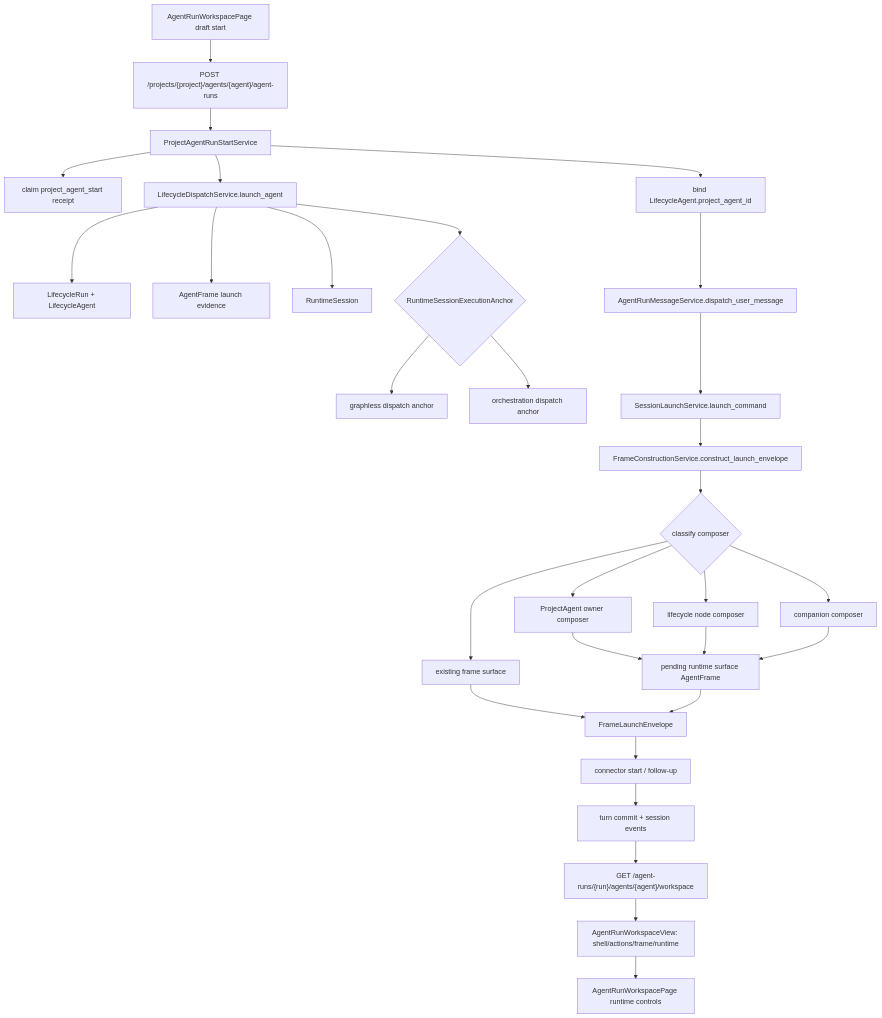
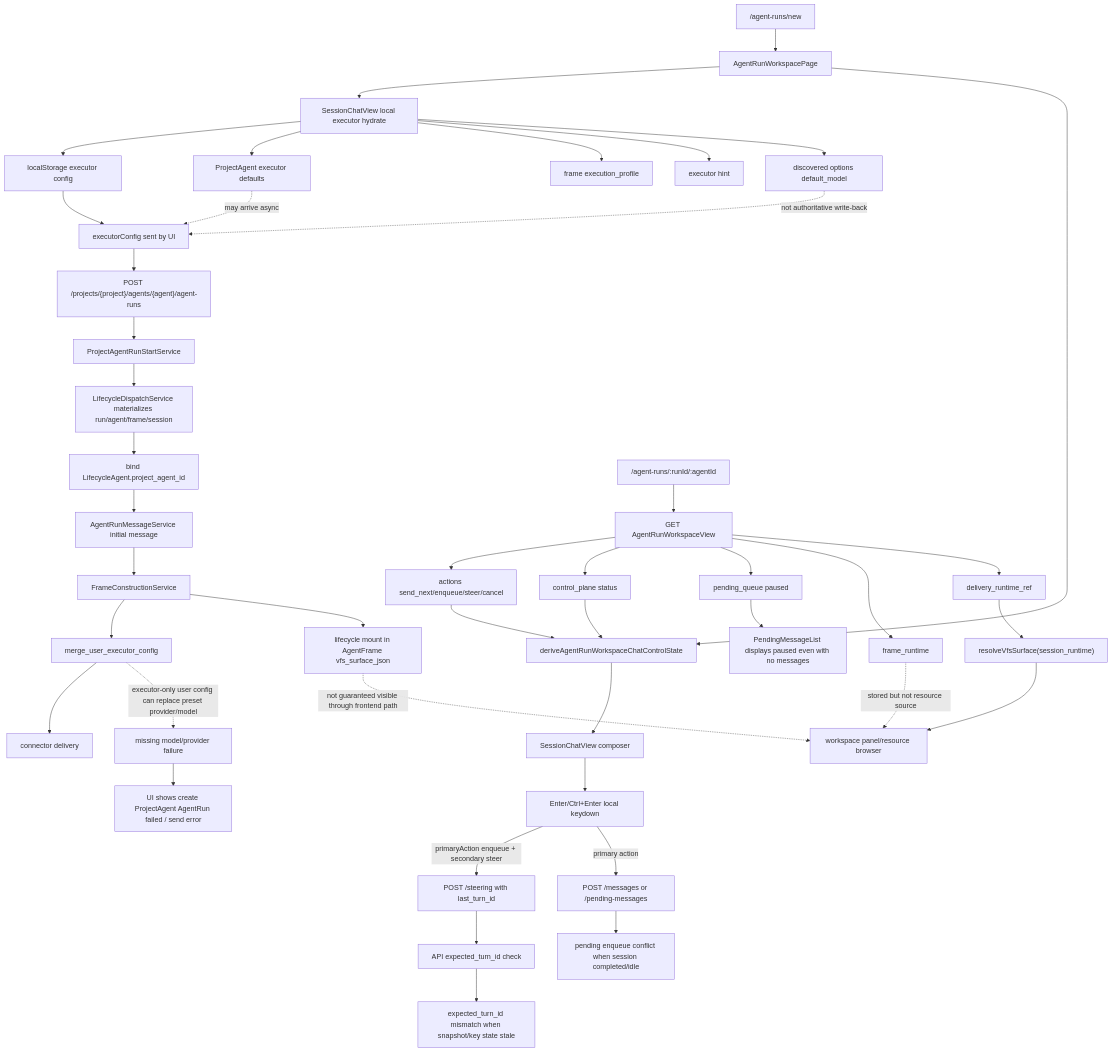
One commit to syan2018/AgentDash changed the first of 5 diagrams in .trellis/tasks/06-12-agent-run-lifecycle-convergence/design.md. Above: the diagram before and after it, drawn with Mermaid. The commit also changed other lines of this file and 4 other files, not shown here.

First line of the commit message:
docs(trellis): 重建 AgentRun 会话体系规划

````diff
--- a/.trellis/tasks/06-12-agent-run-lifecycle-convergence/design.md
+++ b/.trellis/tasks/06-12-agent-run-lifecycle-convergence/design.md
@@ -17,32 +15,51 @@
 ```mermaid
 flowchart TD
-  FE_Draft["AgentRunWorkspacePage draft start"] --> API_Start["POST /projects/{project}/agents/{agent}/agent-runs"]
-  API_Start --> StartSvc["ProjectAgentRunStartService"]
-  StartSvc --> ReceiptStart["claim project_agent_start receipt"]
-  StartSvc --> Dispatch["LifecycleDispatchService.launch_agent"]
-  Dispatch --> RunAgent["LifecycleRun + LifecycleAgent"]
-  Dispatch --> LaunchFrame["AgentFrame launch evidence"]
-  Dispatch --> Runtime["RuntimeSession"]
-  Dispatch --> Anchor{"RuntimeSessionExecutionAnchor"}
-  Anchor --> PlainAnchor["graphless dispatch anchor"]
-  Anchor --> OrchAnchor["orchestration dispatch anchor"]
-  StartSvc --> BindProjectAgent["bind LifecycleAgent.project_agent_id"]
-  BindProjectAgent --> MessageSvc["AgentRunMessageService.dispatch_user_message"]
-  MessageSvc --> SessionLaunch["SessionLaunchService.launch_command"]
-  SessionLaunch --> FrameConstruction["FrameConstructionService.construct_launch_envelope"]
-  FrameConstruction --> Classify{"classify composer"}
-  Classify --> CompanionComposer["companion composer"]
-  Classify --> ProjectComposer["ProjectAgent owner composer"]
-  Classify --> LifecycleComposer["lifecycle node composer"]
-  Classify --> ExistingSurface["existing frame surface"]
-  ProjectComposer --> PendingFrame["pending runtime surface AgentFrame"]
-  LifecycleComposer --> PendingFrame
-  CompanionComposer --> PendingFrame
-  ExistingSurface --> Envelope["FrameLaunchEnvelope"]
-  PendingFrame --> Envelope
-  Envelope --> Connector["connector start / follow-up"]
-  Connector --> TurnCommit["turn commit + session events"]
-  TurnCommit --> WorkspaceAPI["GET /agent-runs/{run}/agents/{agent}/workspace"]
-  WorkspaceAPI --> WorkspaceView["AgentRunWorkspaceView: shell/actions/frame/runtime"]
-  WorkspaceView --> FE_Runtime["AgentRunWorkspacePage runtime controls"]
+  DraftRoute["/agent-runs/new"] --> AgentPage["AgentRunWorkspacePage"]
+  AgentPage --> ExecHydrate["SessionChatView local executor hydrate"]
+  ExecHydrate --> LocalStorage["localStorage executor config"]
+  ExecHydrate --> AgentDefaults["ProjectAgent executor defaults"]
+  ExecHydrate --> FrameProfile["frame execution_profile"]
+  ExecHydrate --> Hint["executor hint"]
+  ExecHydrate --> Discovery["discovered options default_model"]
+  Discovery -. "not authoritative write-back" .-> ExecConfig["executorConfig sent by UI"]
+  AgentDefaults -. "may arrive async" .-> ExecConfig
+  LocalStorage --> ExecConfig
+
+  ExecConfig --> StartReq["POST /projects/{project}/agents/{agent}/agent-runs"]
+  StartReq --> StartSvc["ProjectAgentRunStartService"]
+  StartSvc --> Dispatch["LifecycleDispatchService materializes run/agent/frame/session"]
+  Dispatch --> Bind["bind LifecycleAgent.project_agent_id"]
+  Bind --> MessageSvc["AgentRunMessageService initial message"]
+  MessageSvc --> FrameConstruction["FrameConstructionService"]
+  FrameConstruction --> Merge["merge_user_executor_config"]
+  Merge --> Connector["connector delivery"]
+  Merge -. "executor-only user config can replace preset provider/model" .-> MissingModel["missing model/provider failure"]
+  MissingModel --> Toast["UI shows create ProjectAgent AgentRun failed / send error"]
+
+  RunRoute["/agent-runs/:runId/:agentId"] --> WorkspaceFetch["GET AgentRunWorkspaceView"]
+  WorkspaceFetch --> Actions["actions send_next/enqueue/steer/cancel"]
+  WorkspaceFetch --> Control["control_plane status"]
+  WorkspaceFetch --> PendingQueue["pending_queue paused"]
+  WorkspaceFetch --> FrameRuntime["frame_runtime"]
+  WorkspaceFetch --> DeliveryRef["delivery_runtime_ref"]
+
+  AgentPage --> ChatControl["deriveAgentRunWorkspaceChatControlState"]
+  Control --> ChatControl
+  Actions --> ChatControl
+  ChatControl --> Composer["SessionChatView composer"]
+  Composer --> Keydown["Enter/Ctrl+Enter local keydown"]
+  Keydown -->|primaryAction enqueue + secondary steer| SteerReq["POST /steering with last_turn_id"]
+  Keydown -->|primary action| SendOrEnqueue["POST /messages or /pending-messages"]
+
+  SteerReq --> ExpectedTurn["API expected_turn_id check"]
+  ExpectedTurn --> Mismatch["expected_turn_id mismatch when snapshot/key state stale"]
+  SendOrEnqueue --> PendingConflict["pending enqueue conflict when session completed/idle"]
+
+  PendingQueue --> PendingBanner["PendingMessageList displays paused even with no messages"]
+
+  DeliveryRef --> ResolveSessionSurface["resolveVfsSurface(session_runtime)"]
+  FrameRuntime -. "stored but not resource source" .-> WorkspacePanel["workspace panel/resource browser"]
+  ResolveSessionSurface --> WorkspacePanel
+  FrameConstruction --> LifecycleMount["lifecycle mount in AgentFrame vfs_surface_json"]
+  LifecycleMount -. "not guaranteed visible through frontend path" .-> WorkspacePanel
 ```
````
